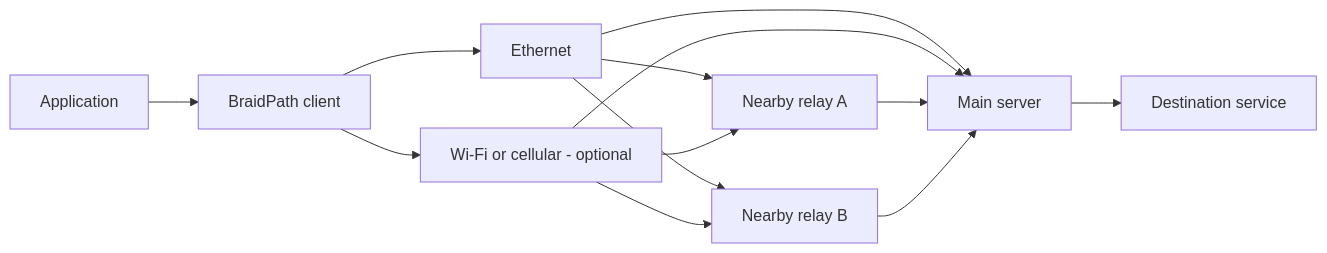
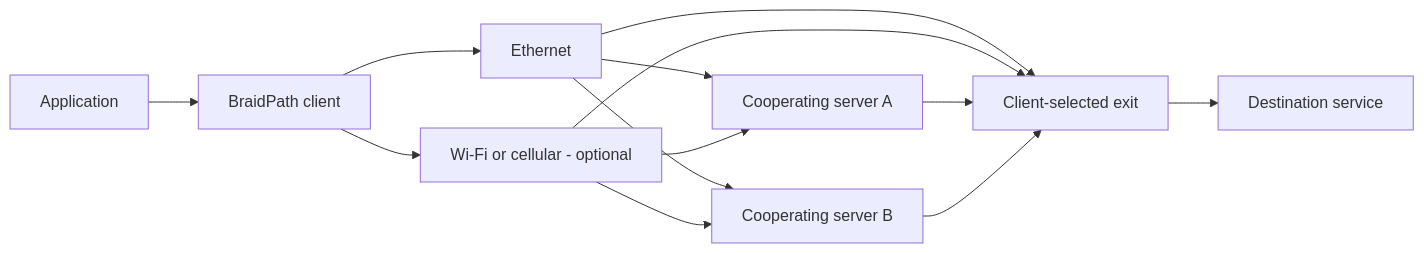
Before and after one commit to LiuTangLei/braidpath: the diagram in README.md, drawn with Mermaid. The commit also changed other lines of this file and 33 other files, not shown here.

````diff
--- a/README.md
+++ b/README.md
@@ -25,15 +25,15 @@
 ```mermaid
 flowchart LR
     App[Application] --> C[BraidPath client]
     C --> E[Ethernet]
     C --> W[Wi-Fi or cellular - optional]
-    E --> M[Main server]
-    E --> R1[Nearby relay A]
-    E --> R2[Nearby relay B]
+    E --> M[Client-selected exit]
+    E --> R1[Cooperating server A]
+    E --> R2[Cooperating server B]
     W --> M
     W --> R1
     W --> R2
     R1 --> M
     R2 --> M
     M --> S[Destination service]
 ```
````
